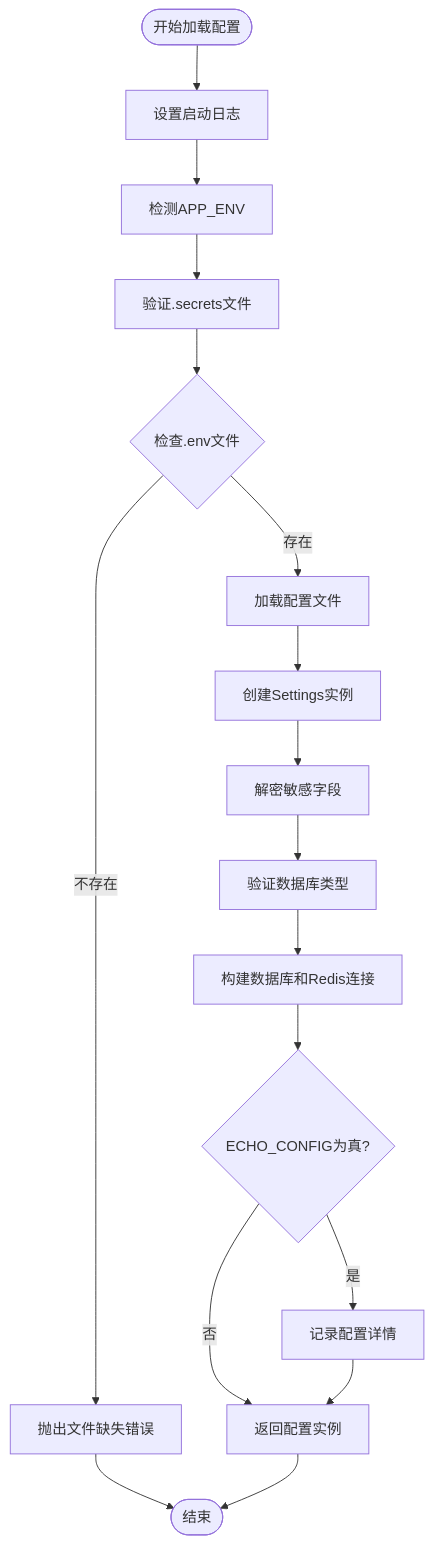
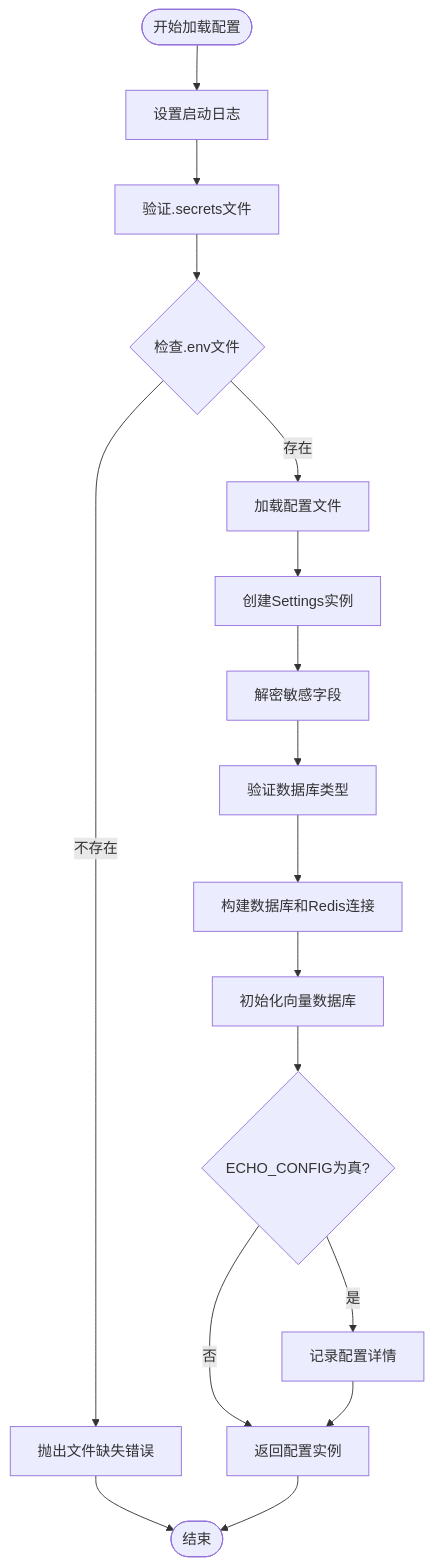
Before and after one commit to lilinzezzzzzz/fastapi-backend: the third of 8 diagrams in .qoder/repowiki/zh/content/基础设施工具/配置系统.md, drawn with Mermaid. The commit also changed other lines of this file and 42 other files, not shown here.

````diff
--- a/.qoder/repowiki/zh/content/基础设施工具/配置系统.md
+++ b/.qoder/repowiki/zh/content/基础设施工具/配置系统.md
@@ -151,19 +178,19 @@
 ```mermaid
 flowchart TD
 Start([开始加载配置]) --> SetupLogger["设置启动日志"]
-SetupLogger --> DetectEnv["检测APP_ENV"]
-DetectEnv --> ValidateSecrets["验证.secrets文件"]
+SetupLogger --> ValidateSecrets["验证.secrets文件"]
 ValidateSecrets --> CheckEnvFile{"检查.env文件"}
 CheckEnvFile --> |存在| LoadFiles["加载配置文件"]
 CheckEnvFile --> |不存在| Error["抛出文件缺失错误"]
 LoadFiles --> CreateSettings["创建Settings实例"]
 CreateSettings --> DecryptFields["解密敏感字段"]
 DecryptFields --> ValidateDBType["验证数据库类型"]
 ValidateDBType --> BuildConnections["构建数据库和Redis连接"]
-BuildConnections --> PrintConfig{"ECHO_CONFIG为真?"}
+BuildConnections --> InitVectorDB["初始化向量数据库"]
+InitVectorDB --> PrintConfig{"ECHO_CONFIG为真?"}
 PrintConfig --> |是| LogConfig["记录配置详情"]
 PrintConfig --> |否| ReturnSettings["返回配置实例"]
 LogConfig --> ReturnSettings
 Error --> End([结束])
 ReturnSettings --> End
 ```
````
